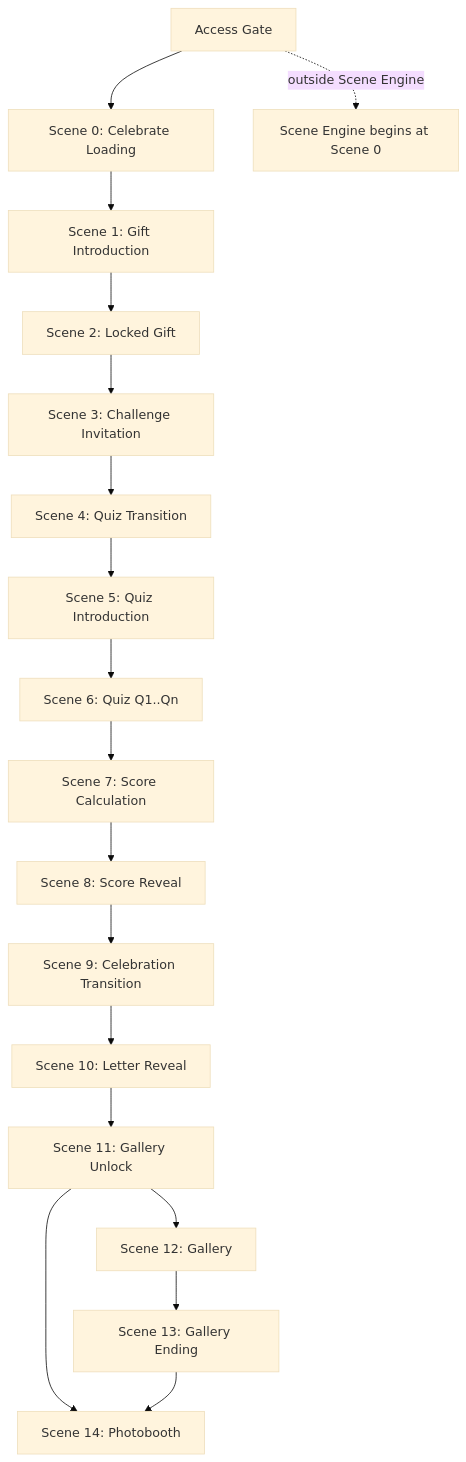
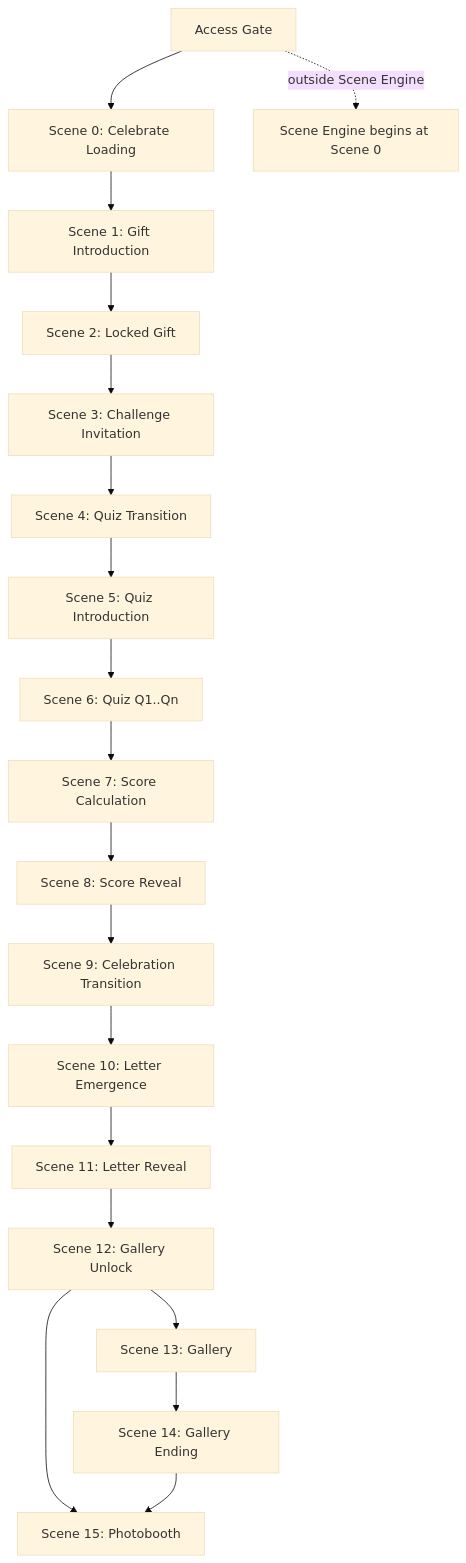
The diagram in docs/sprint-11/02_CONNECTION_SCENE_ARCHITECTURE.md (vinoslwly/celebrate-florist), drawn with Mermaid (base theme) before and after one commit. The commit also changed other lines of this file and 43 other files, not shown here.

````diff
--- a/docs/sprint-11/02_CONNECTION_SCENE_ARCHITECTURE.md
+++ b/docs/sprint-11/02_CONNECTION_SCENE_ARCHITECTURE.md
@@ -88,21 +91,22 @@
 ```mermaid
 flowchart TD
     AG[Access Gate] --> S0[Scene 0: Celebrate Loading]
     S0 --> S1[Scene 1: Gift Introduction]
     S1 --> S2[Scene 2: Locked Gift]
     S2 --> S3[Scene 3: Challenge Invitation]
     S3 --> S4[Scene 4: Quiz Transition]
     S4 --> S5[Scene 5: Quiz Introduction]
     S5 --> S6[Scene 6: Quiz Q1..Qn]
     S6 --> S7[Scene 7: Score Calculation]
     S7 --> S8[Scene 8: Score Reveal]
     S8 --> S9[Scene 9: Celebration Transition]
-    S9 --> S10[Scene 10: Letter Reveal]
-    S10 --> S11[Scene 11: Gallery Unlock]
-    S11 --> S12[Scene 12: Gallery]
-    S11 --> S14[Scene 14: Photobooth]
-    S12 --> S13[Scene 13: Gallery Ending]
-    S13 --> S14
+    S9 --> S10[Scene 10: Letter Emergence]
+    S10 --> S11[Scene 11: Letter Reveal]
+    S11 --> S12[Scene 12: Gallery Unlock]
+    S12 --> S13[Scene 13: Gallery]
+    S12 --> S15[Scene 15: Photobooth]
+    S13 --> S14[Scene 14: Gallery Ending]
+    S14 --> S15
 
     AG -.->|outside Scene Engine| SE[Scene Engine begins at Scene 0]
 ```
````
